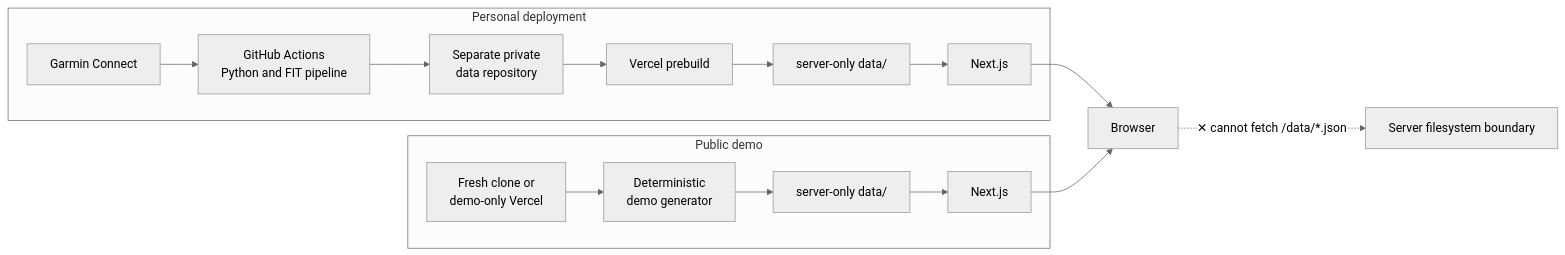
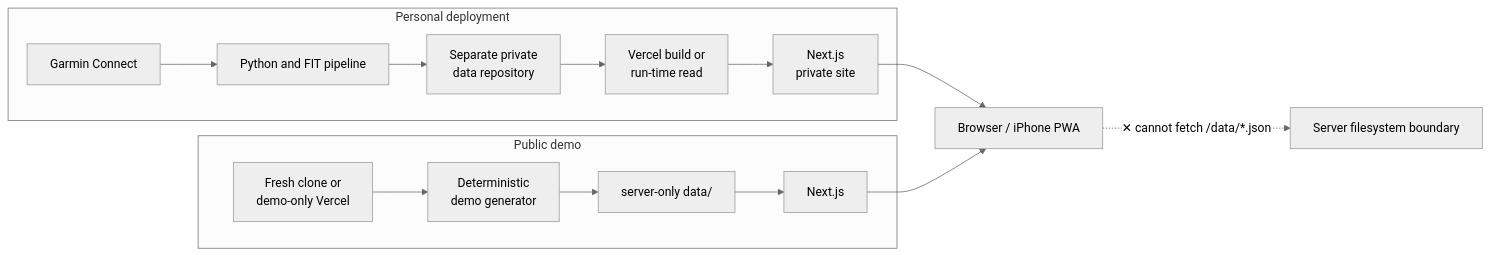
The diagram in README.md (adamkadev/RunOmics), drawn with Mermaid (neutral theme) before and after one commit. The commit also changed other lines of this file and 1334 other files, not shown here.

````diff
--- a/README.md
+++ b/README.md
@@ -85,20 +87,19 @@
 ```mermaid
 flowchart LR
   subgraph Personal[Personal deployment]
-    Garmin[Garmin Connect] --> Sync[GitHub Actions<br/>Python and FIT pipeline]
+    Garmin[Garmin Connect] --> Sync[Python and FIT pipeline]
     Sync --> PrivateData[Separate private<br/>data repository]
-    PrivateData --> PersonalBuild[Vercel prebuild]
-    PersonalBuild --> PersonalFiles[server-only data/]
-    PersonalFiles --> PersonalApp[Next.js]
+    PrivateData --> PersonalBuild[Vercel build or<br/>run-time read]
+    PersonalBuild --> PersonalApp[Next.js<br/>private site]
   end
 
   subgraph Demo[Public demo]
     Clone[Fresh clone or<br/>demo-only Vercel] --> Generator[Deterministic<br/>demo generator]
     Generator --> DemoFiles[server-only data/]
     DemoFiles --> DemoApp[Next.js]
   end
 
-  PersonalApp --> Browser[Browser]
+  PersonalApp --> Browser[Browser / iPhone PWA]
   DemoApp --> Browser
   Browser -. "✕ cannot fetch /data/*.json" .-> Boundary[Server filesystem boundary]
 ```
````
